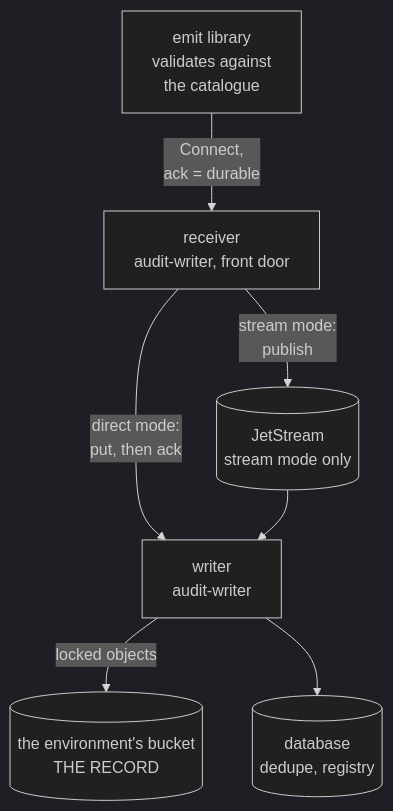
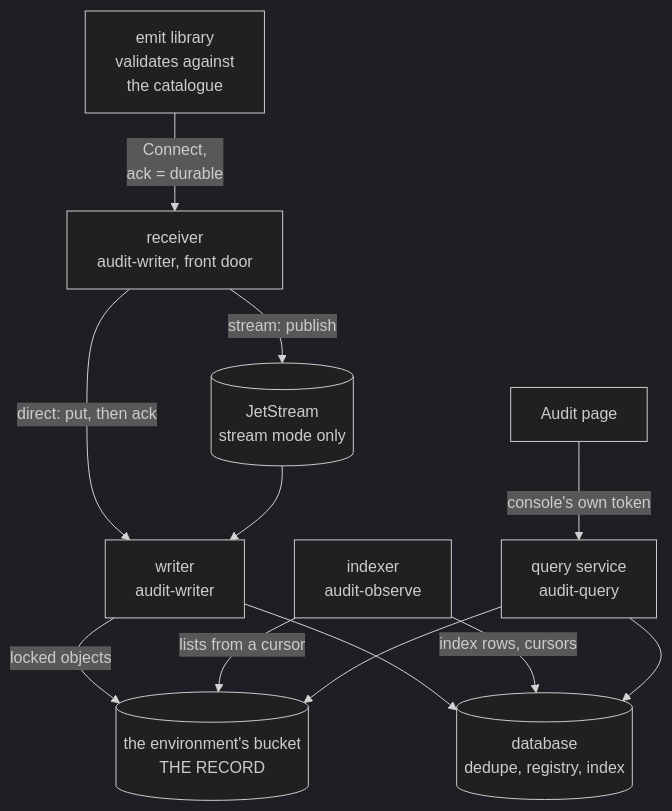
Before and after one commit to truvity/sluis: the diagram in docs/concepts/audit/architecture.md, drawn with Mermaid (dark theme). The commit also changed other lines of this file and 61 other files, not shown here.

````diff
--- a/docs/concepts/audit/architecture.md
+++ b/docs/concepts/audit/architecture.md
@@ -27,15 +9,23 @@
 ```mermaid
 flowchart TB
   E["emit library<br/>validates against<br/>the catalogue"]
   R["receiver<br/>audit-writer, front door"]
   NATS[("JetStream<br/>stream mode only")]
   W["writer<br/>audit-writer"]
   S3[("the environment's bucket<br/>THE RECORD")]
-  PG[("database<br/>dedupe, registry")]
+  PG[("database<br/>dedupe, registry, index")]
+  O["indexer<br/>audit-observe"]
+  Q["query service<br/>audit-query"]
+  UI["Audit page"]
   E -- "Connect,<br/>ack = durable" --> R
-  R -- "direct mode:<br/>put, then ack" --> W
-  R -- "stream mode:<br/>publish" --> NATS
+  R -- "direct: put, then ack" --> W
+  R -- "stream: publish" --> NATS
   NATS --> W
   W -- "locked objects" --> S3
   W --> PG
+  O -- "lists from a cursor" --> S3
+  O -- "index rows, cursors" --> PG
+  UI -- "console's own token" --> Q
+  Q --> PG
+  Q --> S3
 ```
````
